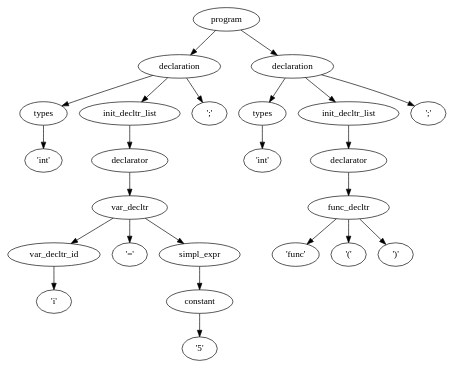
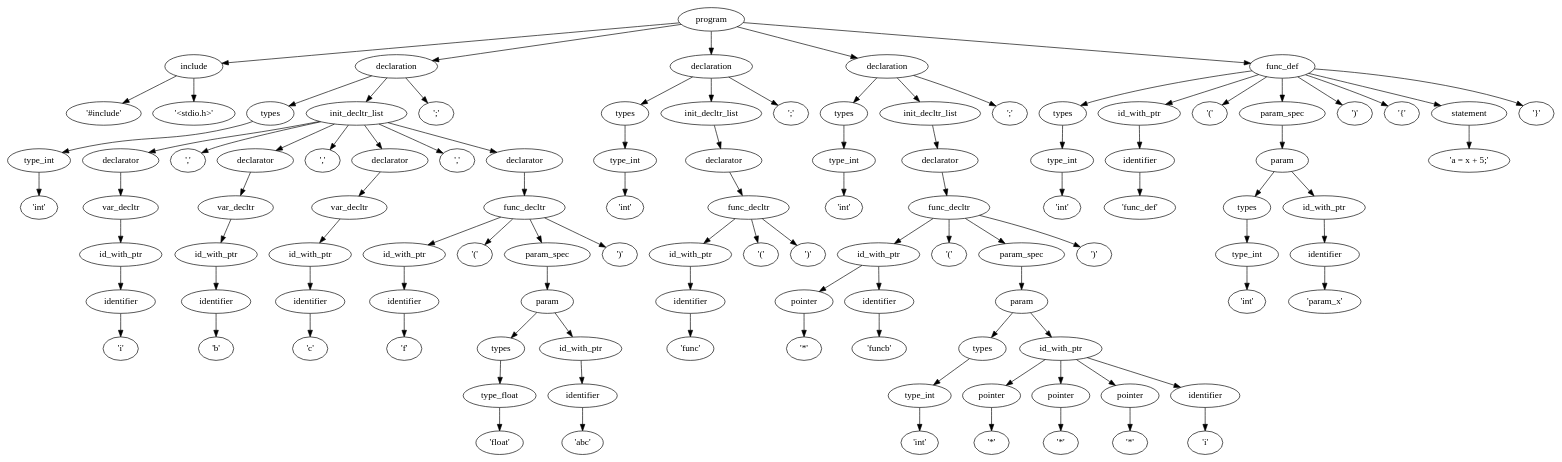
The diagram in output.dot (DeSchepperCedric/C-Compiler), drawn with Graphviz before and after one commit. The commit also changed 9 other files, not shown here.

Commit message:
added function def, added function with pointer return type

```diff
--- a/output.dot
+++ b/output.dot
@@ -1,49 +1,213 @@
 digraph G {
 	0 [label="program"];
 	0 -> 1;
-	1 [label="declaration"];
+	1 [label="include"];
 	1 -> 2;
-	2 [label="types"];
-	2 -> 3;
-	3 [label="'int'"];
-	1 -> 4;
-	4 [label="init_decltr_list"];
+	2 [label="'#include'"];
+	1 -> 3;
+	3 [label="'<stdio.h>'"];
+	0 -> 4;
+	4 [label="declaration"];
 	4 -> 5;
-	5 [label="declarator"];
+	5 [label="types"];
 	5 -> 6;
-	6 [label="var_decltr"];
+	6 [label="type_int"];
 	6 -> 7;
-	7 [label="var_decltr_id"];
-	7 -> 8;
-	8 [label="'i'"];
-	6 -> 9;
-	9 [label="'='"];
-	6 -> 10;
-	10 [label="simpl_expr"];
+	7 [label="'int'"];
+	4 -> 8;
+	8 [label="init_decltr_list"];
+	8 -> 9;
+	9 [label="declarator"];
+	9 -> 10;
+	10 [label="var_decltr"];
 	10 -> 11;
-	11 [label="constant"];
+	11 [label="id_with_ptr"];
 	11 -> 12;
-	12 [label="'5'"];
-	1 -> 13;
-	13 [label="';'"];
-	0 -> 14;
-	14 [label="declaration"];
-	14 -> 15;
-	15 [label="types"];
+	12 [label="identifier"];
+	12 -> 13;
+	13 [label="'i'"];
+	8 -> 14;
+	14 [label="','"];
+	8 -> 15;
+	15 [label="declarator"];
 	15 -> 16;
-	16 [label="'int'"];
-	14 -> 17;
-	17 [label="init_decltr_list"];
+	16 [label="var_decltr"];
+	16 -> 17;
+	17 [label="id_with_ptr"];
 	17 -> 18;
-	18 [label="declarator"];
+	18 [label="identifier"];
 	18 -> 19;
-	19 [label="func_decltr"];
-	19 -> 20;
-	20 [label="'func'"];
-	19 -> 21;
-	21 [label="'('"];
-	19 -> 22;
-	22 [label="')'"];
-	14 -> 23;
-	23 [label="';'"];
+	19 [label="'b'"];
+	8 -> 20;
+	20 [label="','"];
+	8 -> 21;
+	21 [label="declarator"];
+	21 -> 22;
+	22 [label="var_decltr"];
+	22 -> 23;
+	23 [label="id_with_ptr"];
+	23 -> 24;
+	24 [label="identifier"];
+	24 -> 25;
+	25 [label="'c'"];
+	8 -> 26;
+	26 [label="','"];
+	8 -> 27;
+	27 [label="declarator"];
+	27 -> 28;
+	28 [label="func_decltr"];
+	28 -> 29;
+	29 [label="id_with_ptr"];
+	29 -> 30;
+	30 [label="identifier"];
+	30 -> 31;
+	31 [label="'f'"];
+	28 -> 32;
+	32 [label="'('"];
+	28 -> 33;
+	33 [label="param_spec"];
+	33 -> 34;
+	34 [label="param"];
+	34 -> 35;
+	35 [label="types"];
+	35 -> 36;
+	36 [label="type_float"];
+	36 -> 37;
+	37 [label="'float'"];
+	34 -> 38;
+	38 [label="id_with_ptr"];
+	38 -> 39;
+	39 [label="identifier"];
+	39 -> 40;
+	40 [label="'abc'"];
+	28 -> 41;
+	41 [label="')'"];
+	4 -> 42;
+	42 [label="';'"];
+	0 -> 43;
+	43 [label="declaration"];
+	43 -> 44;
+	44 [label="types"];
+	44 -> 45;
+	45 [label="type_int"];
+	45 -> 46;
+	46 [label="'int'"];
+	43 -> 47;
+	47 [label="init_decltr_list"];
+	47 -> 48;
+	48 [label="declarator"];
+	48 -> 49;
+	49 [label="func_decltr"];
+	49 -> 50;
+	50 [label="id_with_ptr"];
+	50 -> 51;
+	51 [label="identifier"];
+	51 -> 52;
+	52 [label="'func'"];
+	49 -> 53;
+	53 [label="'('"];
+	49 -> 54;
+	54 [label="')'"];
+	43 -> 55;
+	55 [label="';'"];
+	0 -> 56;
+	56 [label="declaration"];
+	56 -> 57;
+	57 [label="types"];
+	57 -> 58;
+	58 [label="type_int"];
+	58 -> 59;
+	59 [label="'int'"];
+	56 -> 60;
+	60 [label="init_decltr_list"];
+	60 -> 61;
+	61 [label="declarator"];
+	61 -> 62;
+	62 [label="func_decltr"];
+	62 -> 63;
+	63 [label="id_with_ptr"];
+	63 -> 64;
+	64 [label="pointer"];
+	64 -> 65;
+	65 [label="'*'"];
+	63 -> 66;
+	66 [label="identifier"];
+	66 -> 67;
+	67 [label="'funcb'"];
+	62 -> 68;
+	68 [label="'('"];
+	62 -> 69;
+	69 [label="param_spec"];
+	69 -> 70;
+	70 [label="param"];
+	70 -> 71;
+	71 [label="types"];
+	71 -> 72;
+	72 [label="type_int"];
+	72 -> 73;
+	73 [label="'int'"];
+	70 -> 74;
+	74 [label="id_with_ptr"];
+	74 -> 75;
+	75 [label="pointer"];
+	75 -> 76;
+	76 [label="'*'"];
+	74 -> 77;
+	77 [label="pointer"];
+	77 -> 78;
+	78 [label="'*'"];
+	74 -> 79;
+	79 [label="pointer"];
+	79 -> 80;
+	80 [label="'*'"];
+	74 -> 81;
+	81 [label="identifier"];
+	81 -> 82;
+	82 [label="'i'"];
+	62 -> 83;
+	83 [label="')'"];
+	56 -> 84;
+	84 [label="';'"];
+	0 -> 85;
+	85 [label="func_def"];
+	85 -> 86;
+	86 [label="types"];
+	86 -> 87;
+	87 [label="type_int"];
+	87 -> 88;
+	88 [label="'int'"];
+	85 -> 89;
+	89 [label="id_with_ptr"];
+	89 -> 90;
+	90 [label="identifier"];
+	90 -> 91;
+	91 [label="'func_def'"];
+	85 -> 92;
+	92 [label="'('"];
+	85 -> 93;
+	93 [label="param_spec"];
+	93 -> 94;
+	94 [label="param"];
+	94 -> 95;
+	95 [label="types"];
+	95 -> 96;
+	96 [label="type_int"];
+	96 -> 97;
+	97 [label="'int'"];
+	94 -> 98;
+	98 [label="id_with_ptr"];
+	98 -> 99;
+	99 [label="identifier"];
+	99 -> 100;
+	100 [label="'param_x'"];
+	85 -> 101;
+	101 [label="')'"];
+	85 -> 102;
+	102 [label="'{'"];
+	85 -> 103;
+	103 [label="statement"];
+	103 -> 104;
+	104 [label="'a = x + 5;'"];
+	85 -> 105;
+	105 [label="'}'"];
 }
```
